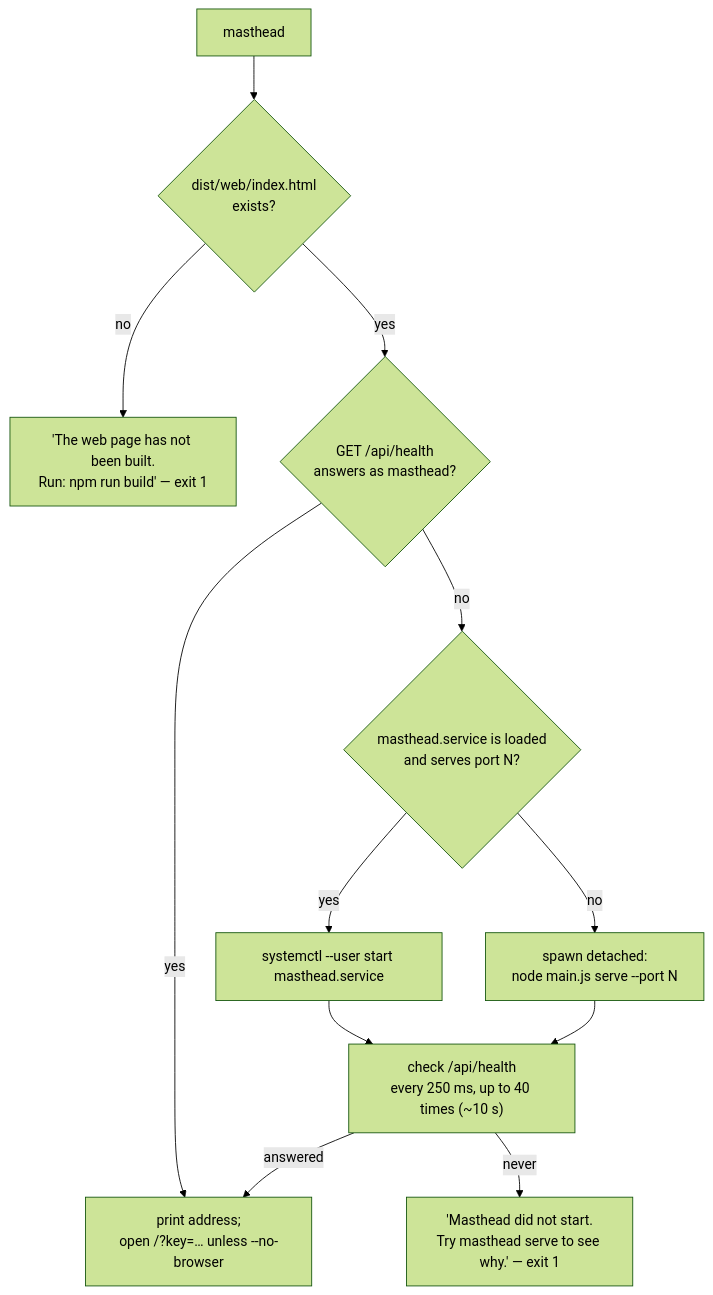
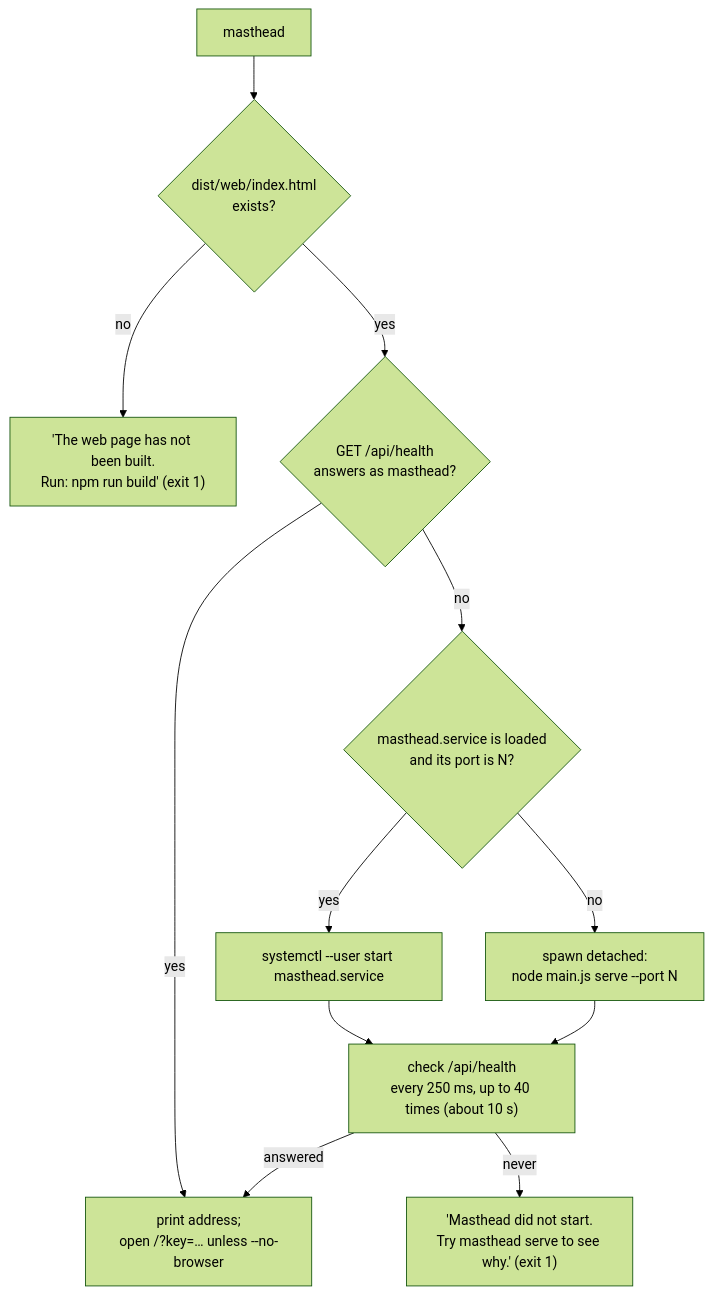
One commit to Luxorium/masthead changed the diagram in docs/wiki/Command-Line-Launcher.md. Above: the diagram before and after it, drawn with Mermaid (forest theme). The commit also changed other lines of this file and 34 other files, not shown here.

````diff
--- a/docs/wiki/Command-Line-Launcher.md
+++ b/docs/wiki/Command-Line-Launcher.md
@@ -26,14 +26,14 @@
 ```mermaid
 flowchart TD
   A[masthead] --> B{"dist/web/index.html<br/>exists?"}
-  B -- no --> B1["'The web page has not been built.<br/>Run: npm run build' — exit 1"]
+  B -- no --> B1["'The web page has not been built.<br/>Run: npm run build' (exit 1)"]
   B -- yes --> C{"GET /api/health<br/>answers as masthead?"}
   C -- yes --> OK
-  C -- no --> D{"masthead.service is loaded<br/>and serves port N?"}
+  C -- no --> D{"masthead.service is loaded<br/>and its port is N?"}
   D -- yes --> E["systemctl --user start masthead.service"]
   D -- no --> F["spawn detached:<br/>node main.js serve --port N"]
-  E --> W["check /api/health<br/>every 250 ms, up to 40 times (~10 s)"]
+  E --> W["check /api/health<br/>every 250 ms, up to 40 times (about 10 s)"]
   F --> W
   W -- answered --> OK["print address;<br/>open /?key=… unless --no-browser"]
-  W -- never --> X["'Masthead did not start.<br/>Try masthead serve to see why.' — exit 1"]
+  W -- never --> X["'Masthead did not start.<br/>Try masthead serve to see why.' (exit 1)"]
 ```
````
